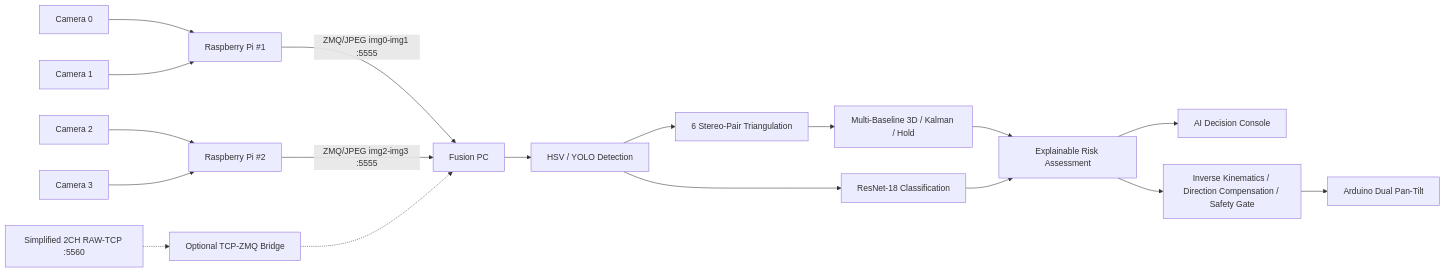
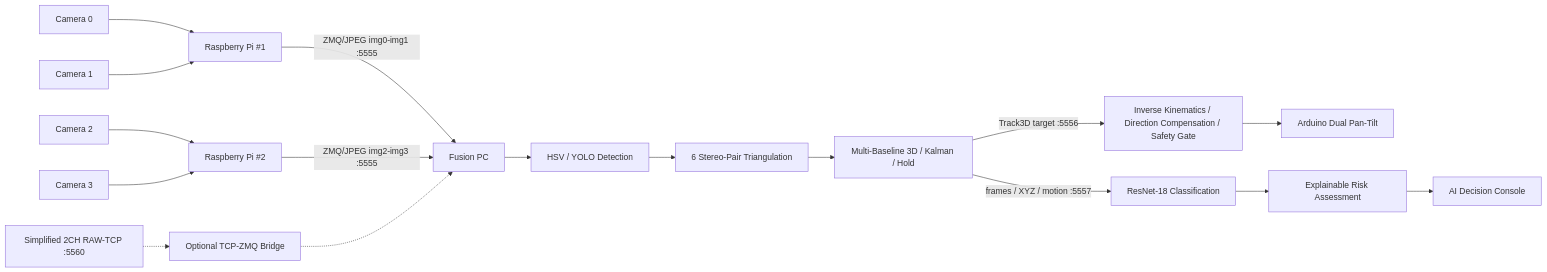
One commit to Kimjw2024/2026ESWContest_free_AEGIS changed the first of 2 diagrams in README.md. Above: the diagram before and after it, drawn with Mermaid. The commit also changed other lines of this file and 10 other files, not shown here.

````diff
--- a/README.md
+++ b/README.md
@@ -82,23 +82,23 @@
 ```mermaid
 flowchart LR
     C0["Camera 0"] --> R1["Raspberry Pi #1"]
     C1["Camera 1"] --> R1
     C2["Camera 2"] --> R2["Raspberry Pi #2"]
     C3["Camera 3"] --> R2
 
     R1 -->|"ZMQ/JPEG img0-img1 :5555"| F["Fusion PC"]
     R2 -->|"ZMQ/JPEG img2-img3 :5555"| F
 
     F --> D["HSV / YOLO Detection"]
     D --> G["6 Stereo-Pair Triangulation"]
     G --> T["Multi-Baseline 3D / Kalman / Hold"]
-    D --> C["ResNet-18 Classification"]
-    T --> R["Explainable Risk Assessment"]
-    C --> R
+    T -->|"Track3D target :5556"| K["Inverse Kinematics / Direction Compensation / Safety Gate"]
+    K --> A["Arduino Dual Pan-Tilt"]
+
+    T -->|"frames / XYZ / motion :5557"| C["ResNet-18 Classification"]
+    C --> R["Explainable Risk Assessment"]
     R --> U["AI Decision Console"]
-    R --> K["Inverse Kinematics / Direction Compensation / Safety Gate"]
-    K --> A["Arduino Dual Pan-Tilt"]
 
     X["Simplified 2CH RAW-TCP :5560"] -.-> B["Optional TCP-ZMQ Bridge"]
     B -.-> F
 ```
````
